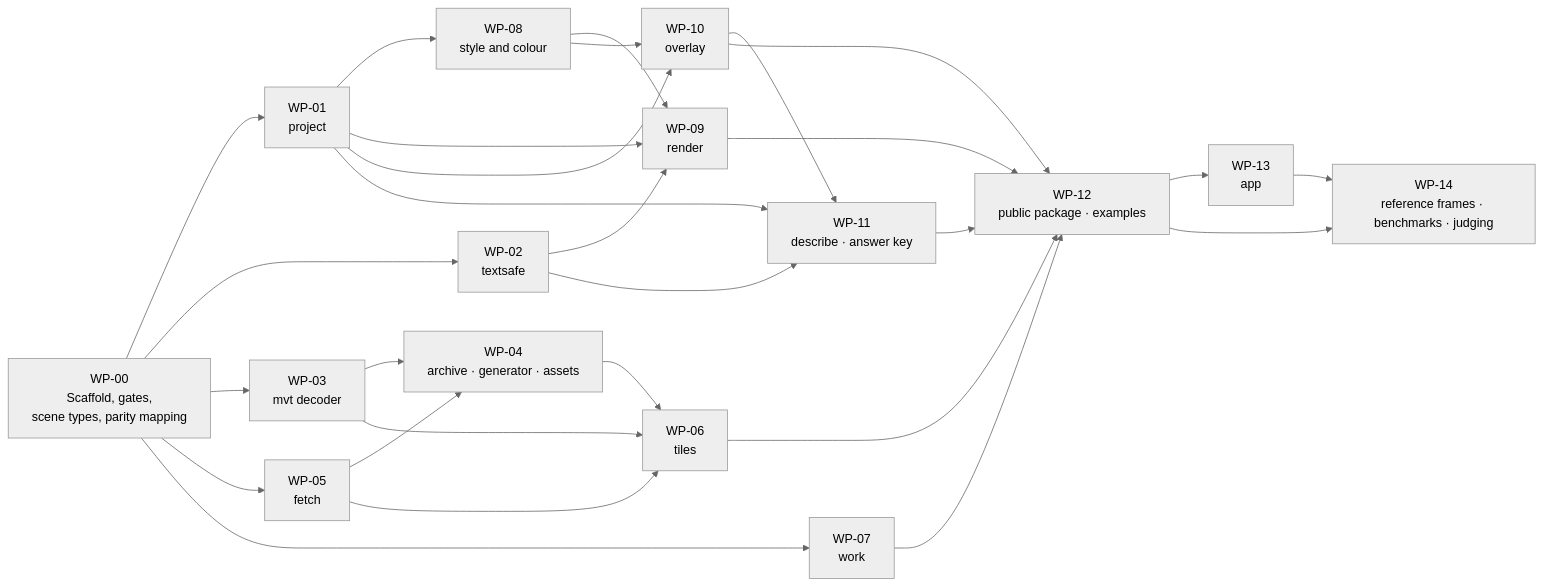
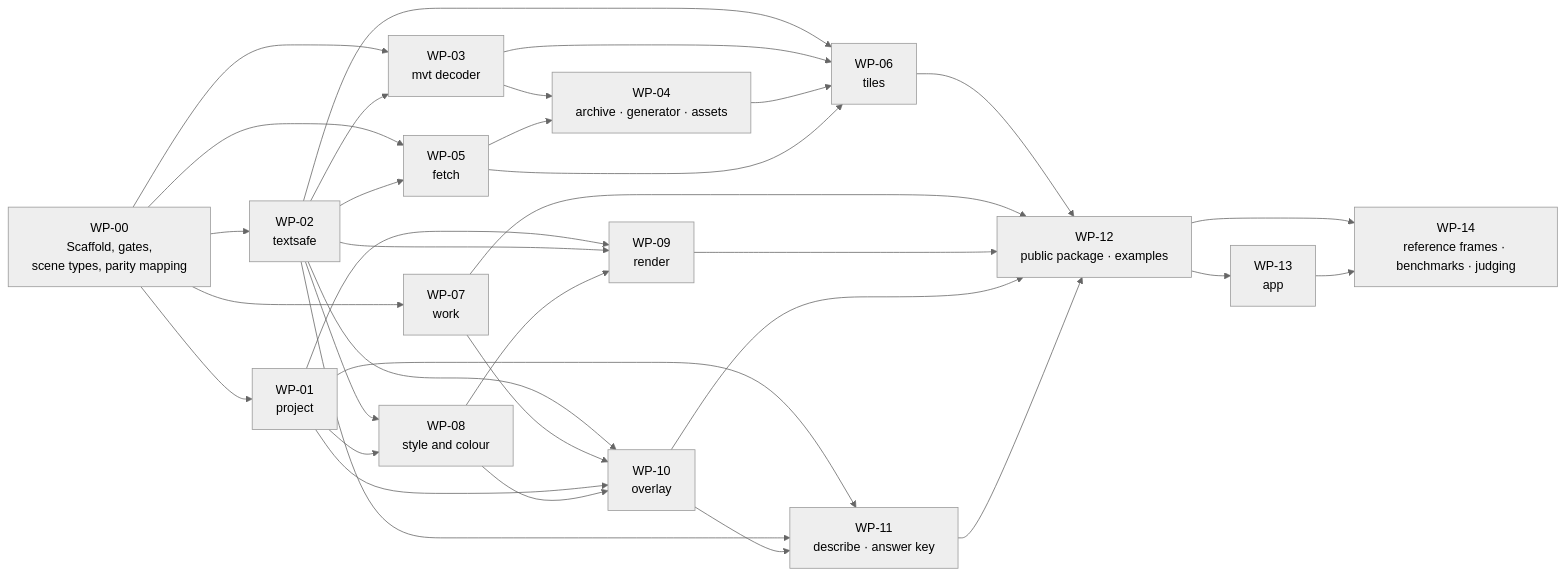
One commit to branden-thompson/go-tuimaps changed the diagram in 06_docs/02_features/go-tuimaps/04-development/implementation-plan.md. Above: the diagram before and after it, drawn with Mermaid (neutral theme). The commit also changed other lines of this file and 17 other files, not shown here.

````diff
--- a/06_docs/02_features/go-tuimaps/04-development/implementation-plan.md
+++ b/06_docs/02_features/go-tuimaps/04-development/implementation-plan.md
@@ -71,30 +72,36 @@
 ```mermaid
 flowchart LR
     WP00["WP-00<br/>Scaffold, gates,<br/>scene types, parity mapping"] --> WP01["WP-01<br/>project"]
     WP00 --> WP02["WP-02<br/>textsafe"]
     WP00 --> WP03["WP-03<br/>mvt decoder"]
     WP00 --> WP05["WP-05<br/>fetch"]
     WP00 --> WP07["WP-07<br/>work"]
+    WP02 --> WP03
+    WP02 --> WP05
+    WP02 --> WP06
+    WP02 --> WP08
+    WP02 --> WP10
+    WP07 --> WP10
     WP03 --> WP04["WP-04<br/>archive · generator · assets"]
     WP05 --> WP04
     WP03 --> WP06["WP-06<br/>tiles"]
     WP04 --> WP06
     WP05 --> WP06
     WP01 --> WP08["WP-08<br/>style and colour"]
     WP01 --> WP09["WP-09<br/>render"]
     WP02 --> WP09
     WP08 --> WP09
     WP01 --> WP10["WP-10<br/>overlay"]
     WP08 --> WP10
     WP01 --> WP11["WP-11<br/>describe · answer key"]
     WP02 --> WP11
     WP10 --> WP11
     WP06 --> WP12["WP-12<br/>public package · examples"]
     WP07 --> WP12
     WP09 --> WP12
     WP10 --> WP12
     WP11 --> WP12
     WP12 --> WP13["WP-13<br/>app"]
     WP12 --> WP14["WP-14<br/>reference frames · benchmarks · judging"]
     WP13 --> WP14
 ```
````
